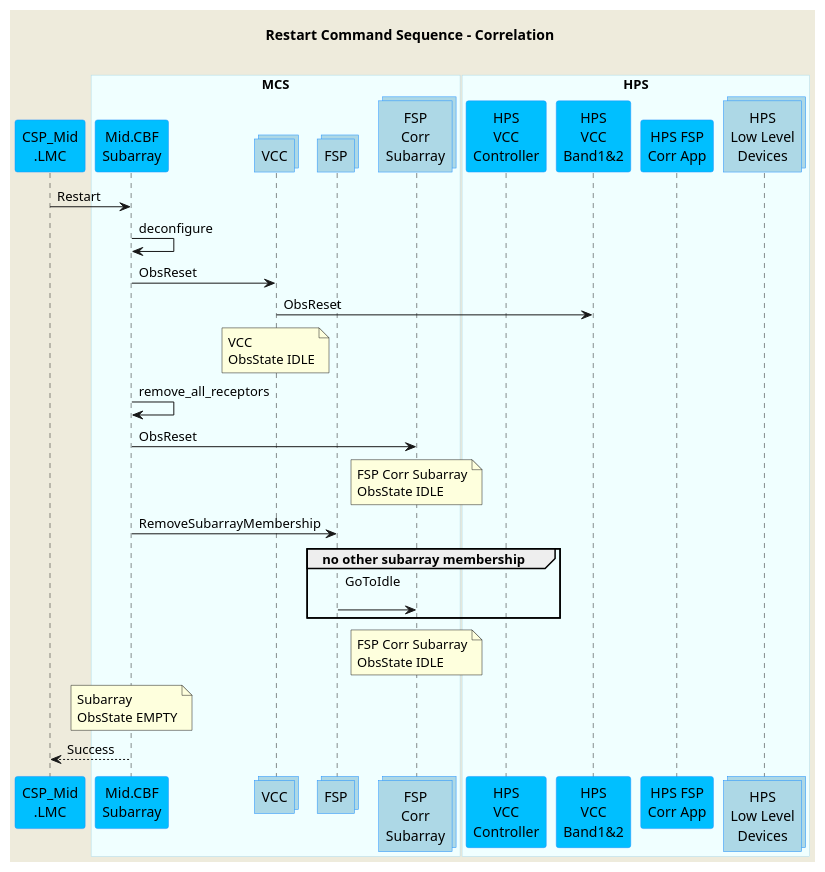
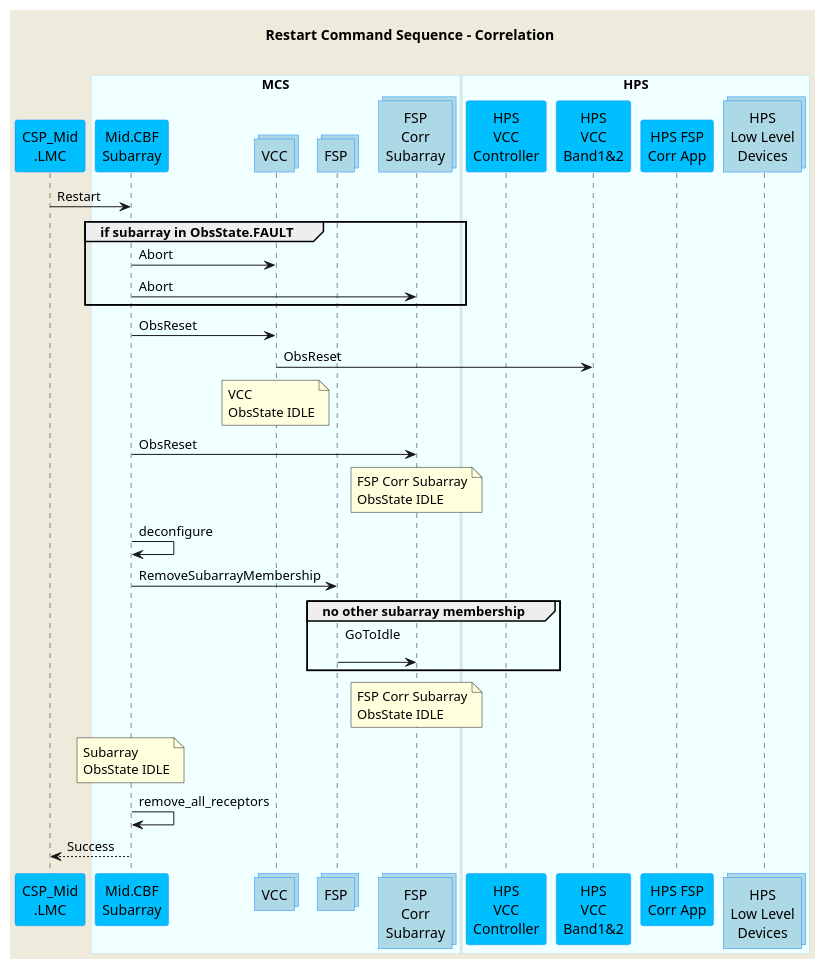
The diagram in docs/src/diagrams/restart-command.puml (ska-telescope/mid-cbf-mcs), drawn with PlantUML before and after one commit. The commit also changed 3 other files, not shown here.

```diff
--- a/docs/src/diagrams/restart-command.puml
+++ b/docs/src/diagrams/restart-command.puml
@@ -1,62 +1,72 @@
 @startuml
 'https://plantuml.com/sequence-diagram
 
 skinparam backgroundColor #EEEBDC
 skinparam sequence {
 ParticipantBorderColor DodgerBlue
 ParticipantBackgroundColor DeepSkyBlue
 ActorBorderColor DarkGreen
 ActorBackgroundColor Green
 BoxBorderColor LightBlue
 BoxBackgroundColor #F0FFFF
 }
 
 skinparam collections {
   BackGroundColor LightBlue
   BorderColor DodgerBlue
 }
 
 skinparam database {
   BackgroundColor LightGreen
   BorderColor DarkGreen
 }
 
 title Restart Command Sequence - Correlation\n
 
 participant "CSP_Mid\n.LMC" as lmc
 
 box "MCS"
 participant "Mid.CBF\nSubarray" as subarray
 collections "VCC" as vcc
 collections "FSP" as fsp
 collections "FSP\nCorr\nSubarray" as fspsubarray
 end box
 
 box "HPS"
 participant "HPS\nVCC\nController" as hpsvcc
 participant "HPS\nVCC\nBand1&2" as hpsvccband
 participant "HPS FSP\nCorr App" as hpsfsp
 collections "HPS\nLow Level\nDevices" as hpsdevices
 end box
 
 lmc         ->  subarray      : Restart
 
-subarray    ->  subarray      : deconfigure
+group if subarray in ObsState.FAULT
+subarray    ->  vcc           : Abort
+subarray    ->  fspsubarray   : Abort
+end group
+
 subarray    ->  vcc           : ObsReset
 vcc         ->  hpsvccband    : ObsReset
+
 note over vcc                 : VCC\nObsState IDLE
-subarray    ->  subarray      : remove_all_receptors
 subarray    ->  fspsubarray   : ObsReset
+
 note over fspsubarray         : FSP Corr Subarray\nObsState IDLE
+
+subarray    ->  subarray      : deconfigure
 subarray    ->  fsp           : RemoveSubarrayMembership
 
 group no other subarray membership
 fsp         ->  fspsubarray   : GoToIdle\n
 end group
 
 note over fspsubarray         : FSP Corr Subarray\nObsState IDLE
-note over subarray            : Subarray\nObsState EMPTY
+note over subarray            : Subarray\nObsState IDLE
+
+subarray    ->  subarray      : remove_all_receptors
+
 lmc        <--  subarray      : Success
 
 
 @enduml
```
